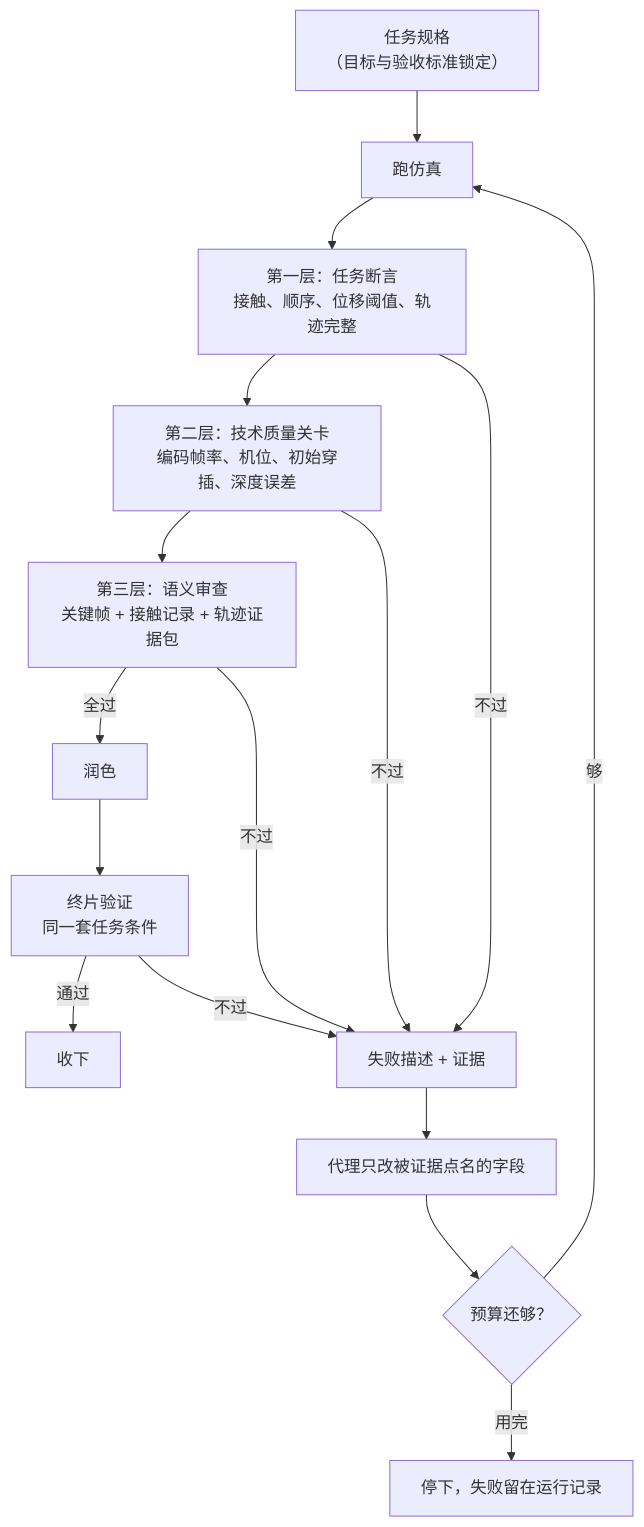
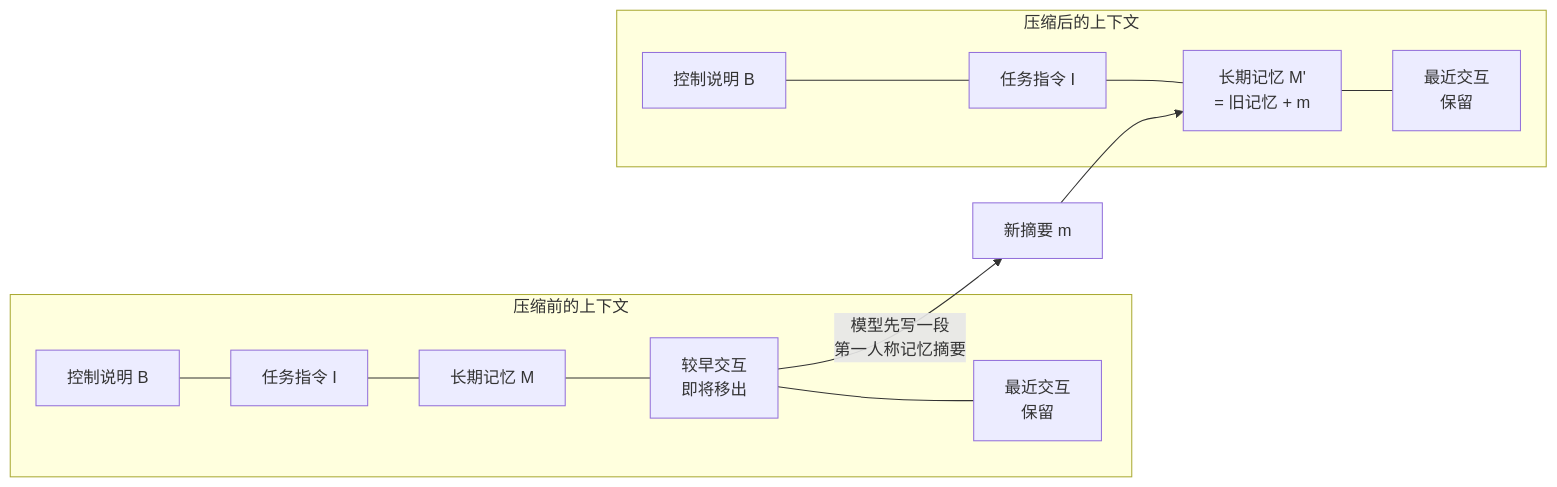
One commit to yingwang/paper-reads changed the third of 6 diagrams in docs/index.md. Above: the diagram before and after it, drawn with Mermaid. The commit also changed other lines of this file and 2 other files, not shown here.

````diff
--- a/docs/index.md
+++ b/docs/index.md
@@ -177,18 +162,11 @@
 ```mermaid
-graph TD
-    S["任务规格<br/>（目标与验收标准锁定）"] --> R["跑仿真"]
-    R --> L1["第一层：任务断言<br/>接触、顺序、位移阈值、轨迹完整"]
-    L1 --> L2["第二层：技术质量关卡<br/>编码帧率、机位、初始穿插、深度误差"]
-    L2 --> L3["第三层：语义审查<br/>关键帧 + 接触记录 + 轨迹证据包"]
-    L3 -->|"全过"| RF["润色"]
-    RF --> FV["终片验证<br/>同一套任务条件"]
-    FV -->|"通过"| OK["收下"]
-    L1 -->|"不过"| FB["失败描述 + 证据"]
-    L2 -->|"不过"| FB
-    L3 -->|"不过"| FB
-    FV -->|"不过"| FB
-    FB --> FIX["代理只改被证据点名的字段"]
-    FIX --> B{"预算还够？"}
-    B -->|"够"| R
-    B -->|"用完"| REC["停下，失败留在运行记录"]
+graph LR
+    subgraph BEFORE["压缩前的上下文"]
+        A1["控制说明 B"] --- A2["任务指令 I"] --- A3["长期记忆 M"] --- A4["较早交互<br/>即将移出"] --- A5["最近交互<br/>保留"]
+    end
+    A4 -->|"模型先写一段<br/>第一人称记忆摘要"| S["新摘要 m"]
+    subgraph AFTER["压缩后的上下文"]
+        B1["控制说明 B"] --- B2["任务指令 I"] --- B3["长期记忆 M'<br/>= 旧记忆 + m"] --- B5["最近交互<br/>保留"]
+    end
+    S --> B3
 ```
````
